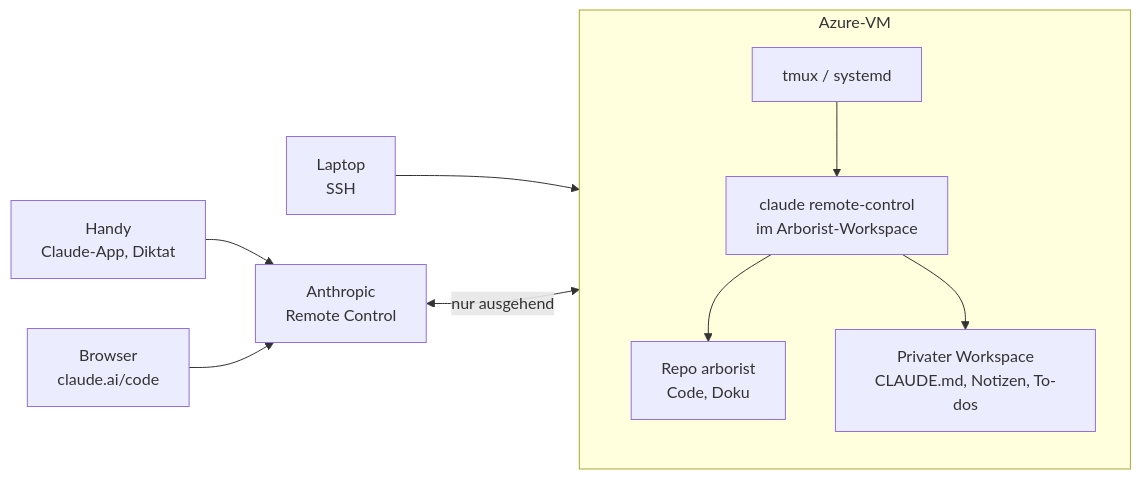
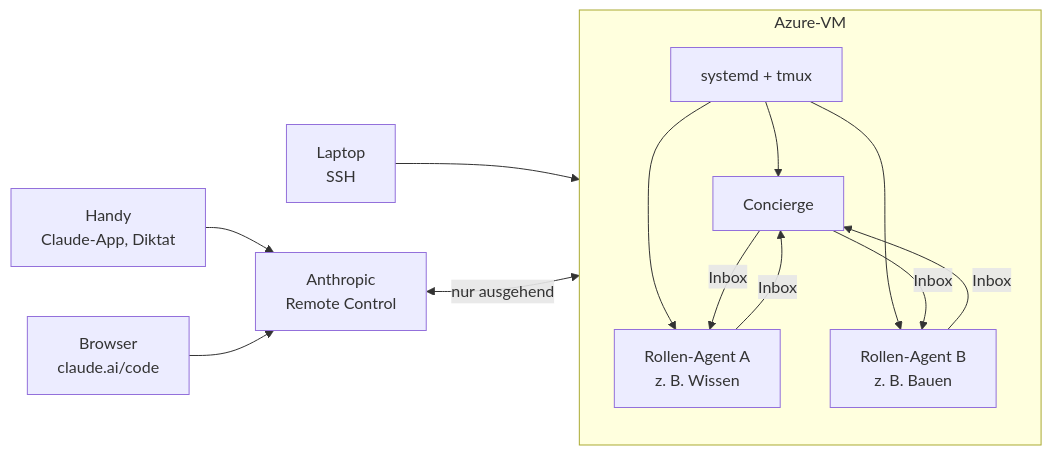
Before and after one commit to merlinbecker/playdate-claude-client: the diagram in docs/bootstrap.md, drawn with Mermaid. The commit also changed other lines of this file and 4 other files, not shown here.

````diff
--- a/docs/bootstrap.md
+++ b/docs/bootstrap.md
@@ -9,13 +9,15 @@
 ```mermaid
 flowchart LR
     H[Handy<br/>Claude-App, Diktat] --> A[Anthropic<br/>Remote Control]
     B[Browser<br/>claude.ai/code] --> A
     S[Laptop<br/>SSH] --> VM
     A <-->|nur ausgehend| VM
 
     subgraph VM[Azure-VM]
-        T[tmux / systemd] --> C[claude remote-control<br/>im Arborist-Workspace]
-        C --> R[Repo arborist<br/>Code, Doku]
-        C --> W[Privater Workspace<br/>CLAUDE.md, Notizen, To-dos]
+        T[systemd + tmux] --> C[Concierge]
+        T --> RA[Rollen-Agent A<br/>z. B. Wissen]
+        T --> RB[Rollen-Agent B<br/>z. B. Bauen]
+        C -->|Inbox| RA & RB
+        RA & RB -->|Inbox| C
     end
 ```
````
